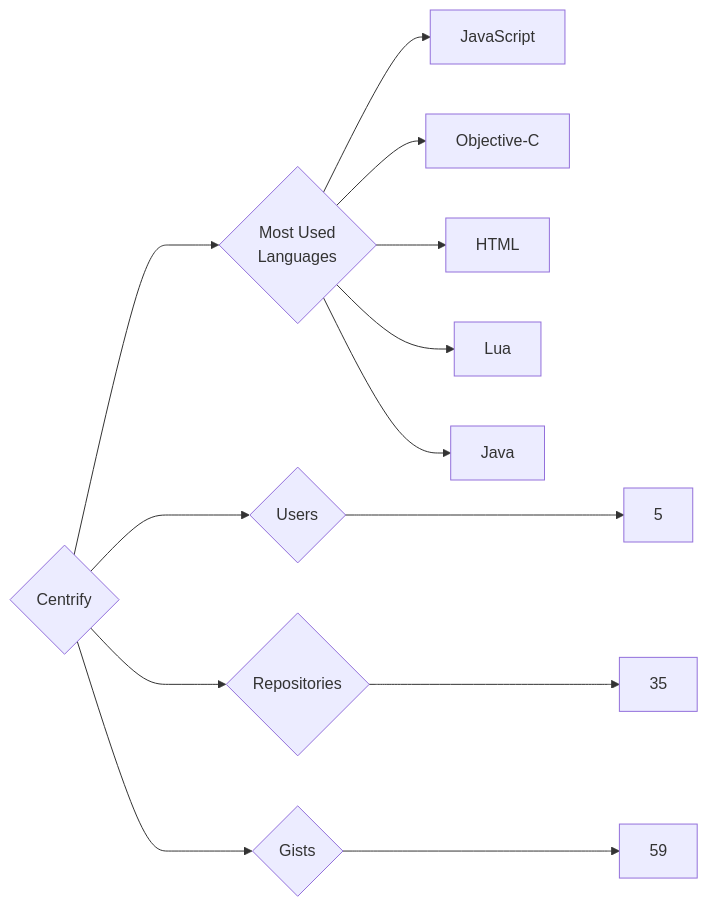
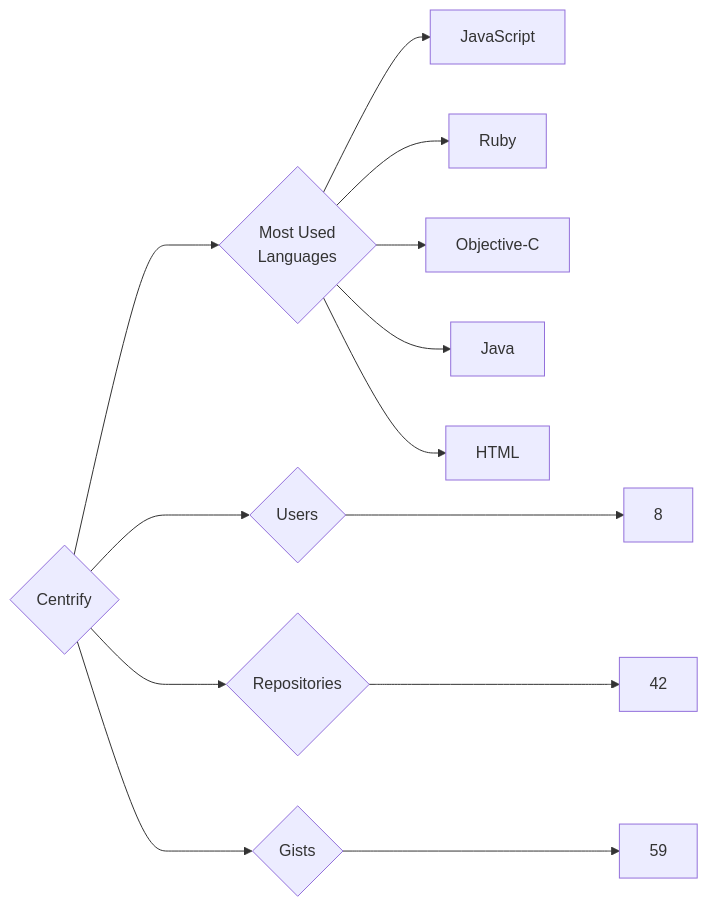
One commit to trickest/insiders changed the diagram in targets/Centrify/README.md. Above: the diagram before and after it, drawn with Mermaid. The commit also changed 1084 other files, not shown here.

````diff
--- a/targets/Centrify/README.md
+++ b/targets/Centrify/README.md
@@ -3,13 +3,13 @@
 ```mermaid
 graph LR
 COMPANY_NAME{Centrify}
-COMPANY_NAME ---> U{Users} ---> UN[5]
-COMPANY_NAME ---> R{Repositories} ---> RN[35]
+COMPANY_NAME ---> U{Users} ---> UN[8]
+COMPANY_NAME ---> R{Repositories} ---> RN[42]
 COMPANY_NAME ---> G{Gists} ---> GN[59]
 COMPANY_NAME ---> ML{Most Used<br>Languages}
 ML --> JavaScript[JavaScript]
+ML --> Ruby[Ruby]
 ML --> Objective-C[Objective-C]
+ML --> Java[Java]
 ML --> HTML[HTML]
-ML --> Lua[Lua]
-ML --> Java[Java]
 ```
````
